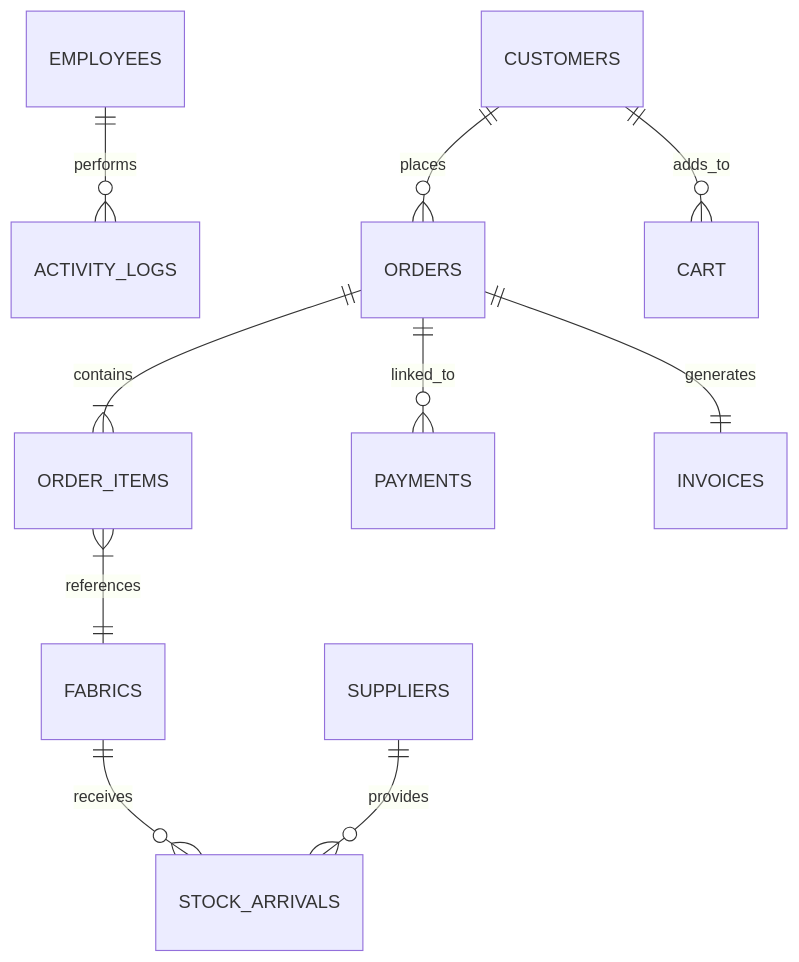
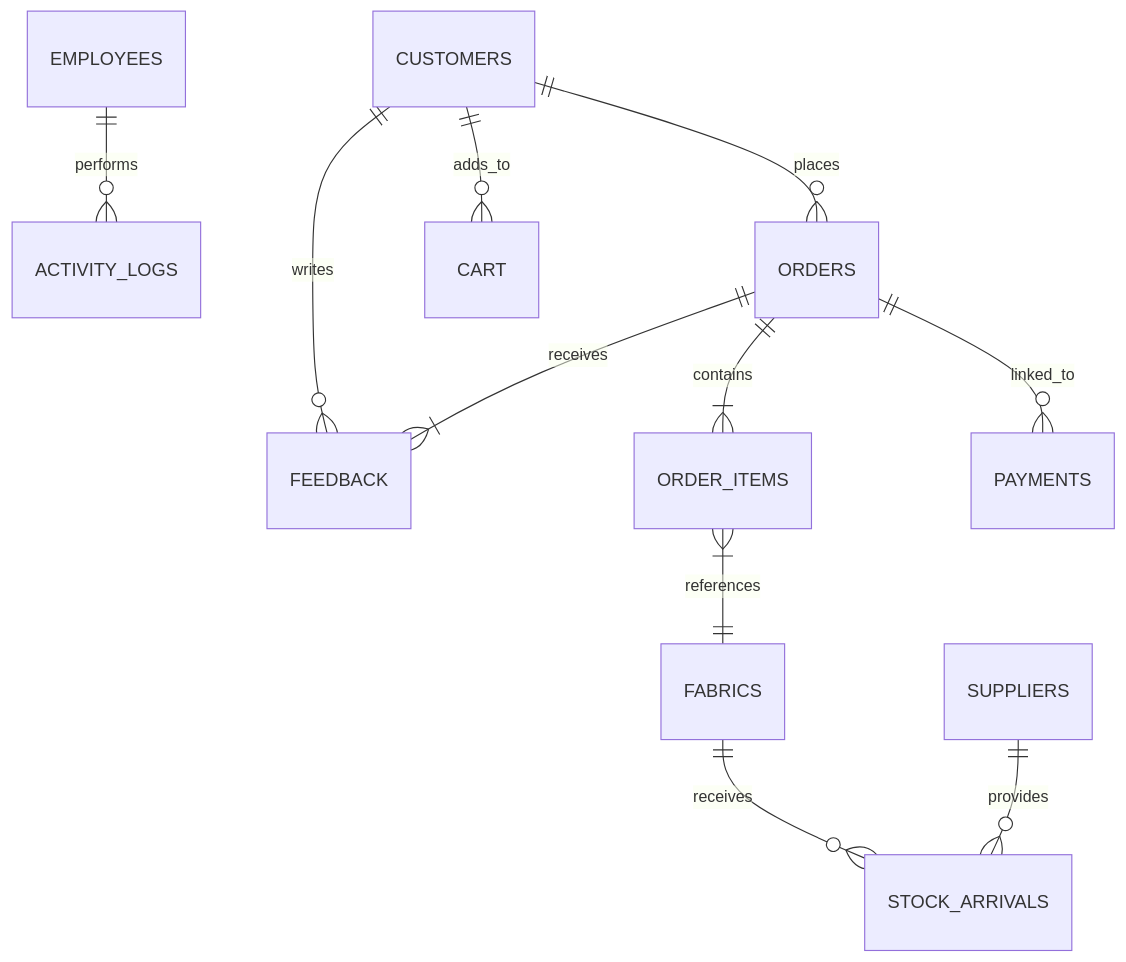
The diagram in system_specification.md (shpeiris/Fabric-managment-system-Hiran-tex), drawn with Mermaid before and after one commit. The commit also changed other lines of this file and 1 other file, not shown here.

````diff
--- a/system_specification.md
+++ b/system_specification.md
@@ -177,12 +159,13 @@
 ```mermaid
 erDiagram
     EMPLOYEES ||--o{ ACTIVITY_LOGS : performs
     CUSTOMERS ||--o{ ORDERS : places
     CUSTOMERS ||--o{ CART : adds_to
+    CUSTOMERS ||--o{ FEEDBACK : writes
     ORDERS ||--|{ ORDER_ITEMS : contains
+    ORDERS ||--|{ FEEDBACK : receives
     ORDER_ITEMS }|--|| FABRICS : references
     FABRICS ||--o{ STOCK_ARRIVALS : receives
     SUPPLIERS ||--o{ STOCK_ARRIVALS : provides
     ORDERS ||--o{ PAYMENTS : linked_to
-    ORDERS ||--|| INVOICES : generates
 ```
````
